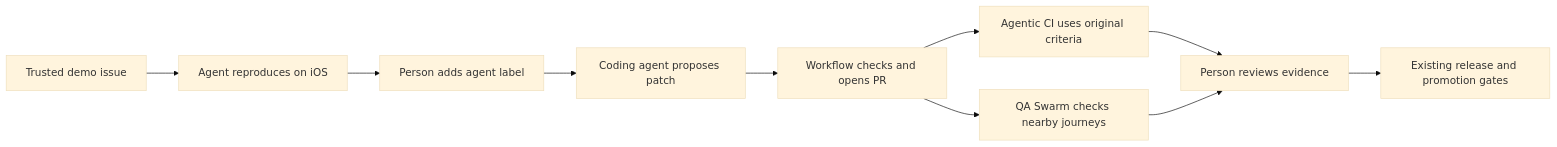
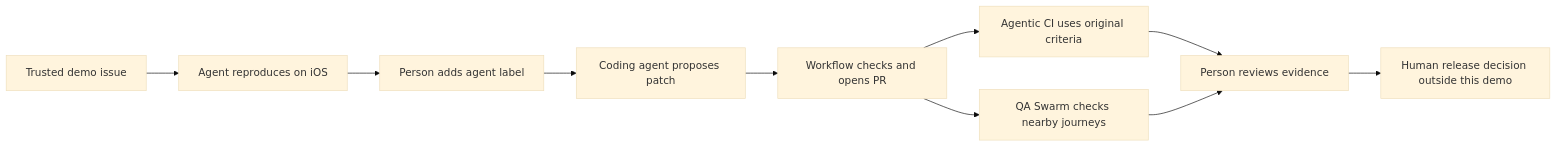
One commit to SchroederNathan/expo-basketball changed the diagram in docs/prizepicks-demo.md. Above: the diagram before and after it, drawn with Mermaid (base theme). The commit also changed other lines of this file and 5 other files, not shown here.

````diff
--- a/docs/prizepicks-demo.md
+++ b/docs/prizepicks-demo.md
@@ -18,12 +18,12 @@
 ```mermaid
 flowchart LR
   A[Trusted demo issue] --> B[Agent reproduces on iOS]
   B --> C[Person adds agent label]
   C --> D[Coding agent proposes patch]
   D --> E[Workflow checks and opens PR]
   E --> F[Agentic CI uses original criteria]
   F --> G[Person reviews evidence]
-  G --> H[Existing release and promotion gates]
+  G --> H[Human release decision outside this demo]
   E --> I[QA Swarm checks nearby journeys]
   I --> G
 ```
````
